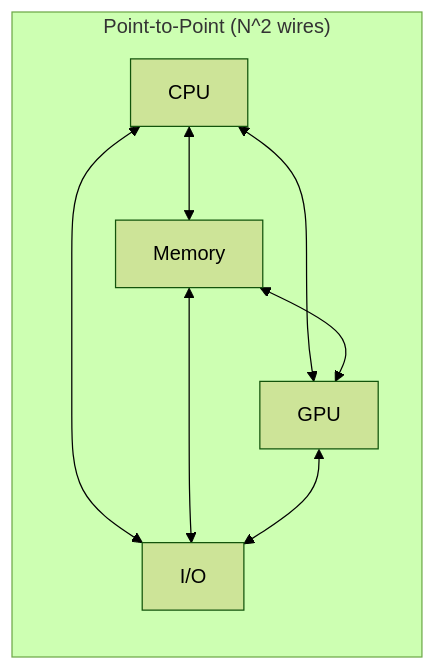
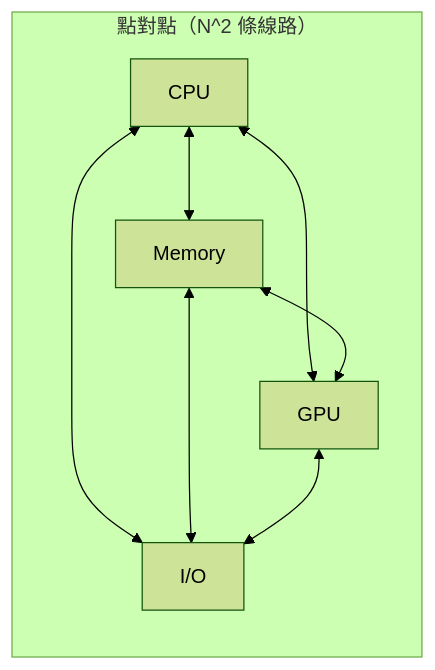
One commit to abc1199281lab-cmd/systemc_notes changed the first of 8 diagrams in doc_v2/examples/code/sysc/simple_bus/spec.md. Above: the diagram before and after it, drawn with Mermaid (forest theme). The commit also changed other lines of this file and 8 other files, not shown here.

````diff
--- a/doc_v2/examples/code/sysc/simple_bus/spec.md
+++ b/doc_v2/examples/code/sysc/simple_bus/spec.md
@@ -32,11 +32,11 @@
 ```mermaid
 graph LR
-    subgraph "Point-to-Point (N^2 wires)"
+    subgraph "點對點（N^2 條線路）"
         A1[CPU] <--> B1[Memory]
         A1 <--> C1[GPU]
         A1 <--> D1[I/O]
         B1 <--> C1
         B1 <--> D1
         C1 <--> D1
     end
 ```
````
